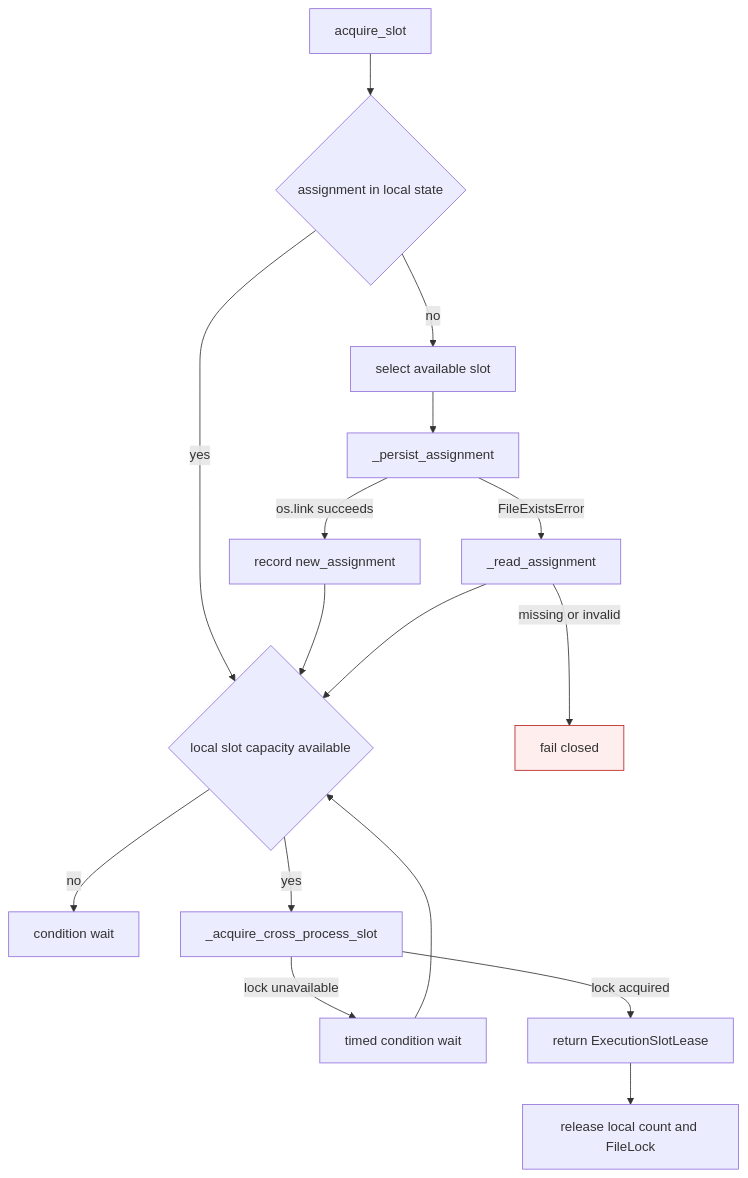
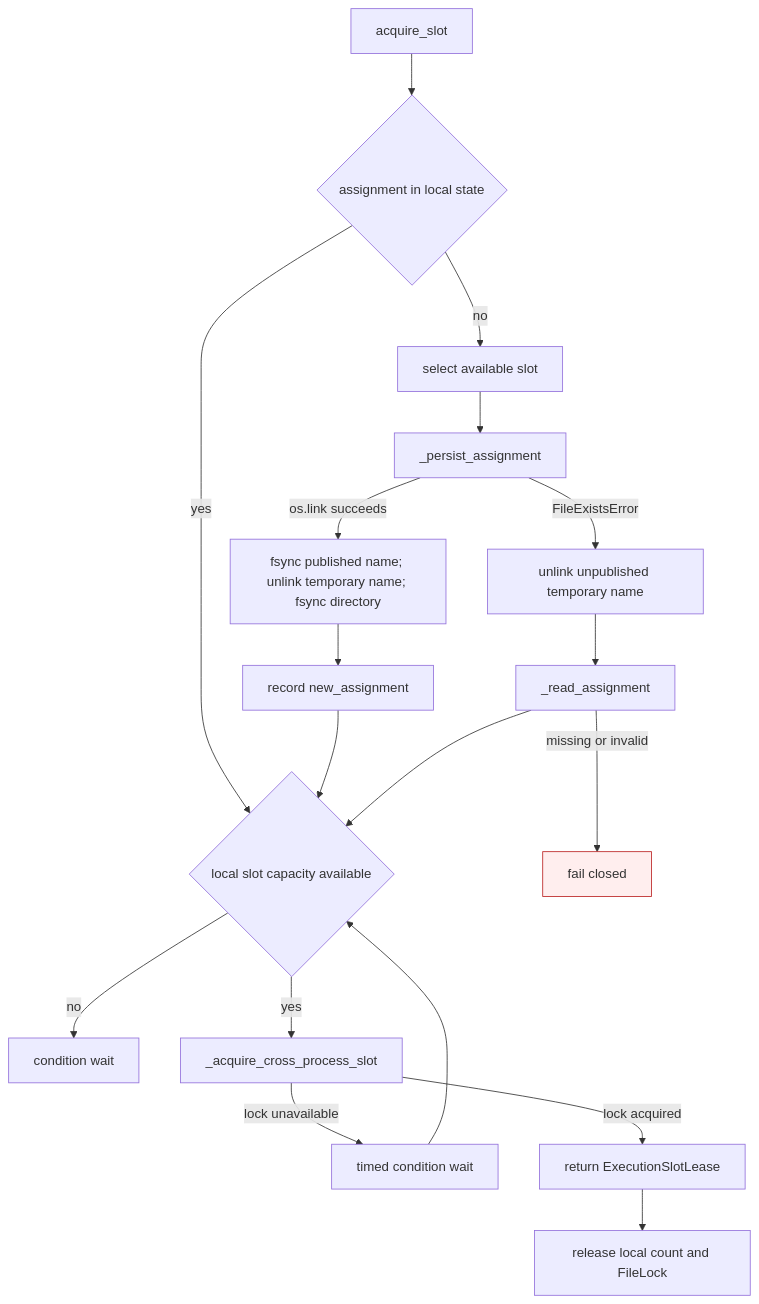
Before and after one commit to ModelCloud/GPTQModel: the second of 2 diagrams in docs/exl3-remote-workers.md, drawn with Mermaid. The commit also changed other lines of this file and 2 other files, not shown here.

Commit message:
fix(exl3): remove temporary assignment link after publication

````diff
--- a/docs/exl3-remote-workers.md
+++ b/docs/exl3-remote-workers.md
@@ -40,19 +40,21 @@
 ```mermaid
 flowchart TD
     A["acquire_slot"] --> B{"assignment in local state"}
     B -->|"yes"| H{"local slot capacity available"}
     B -->|"no"| C["select available slot"]
     C --> D["_persist_assignment"]
-    D -->|"os.link succeeds"| E["record new_assignment"]
-    D -->|"FileExistsError"| G["_read_assignment"]
+    D -->|"os.link succeeds"| N["fsync published name; unlink temporary name; fsync directory"]
+    N --> E["record new_assignment"]
+    D -->|"FileExistsError"| U["unlink unpublished temporary name"]
+    U --> G["_read_assignment"]
     G -->|"missing or invalid"| X["fail closed"]
     E --> H
     G --> H
     H -->|"no"| I["condition wait"]
     H -->|"yes"| J["_acquire_cross_process_slot"]
     J -->|"lock unavailable"| K["timed condition wait"]
     K --> H
     J -->|"lock acquired"| L["return ExecutionSlotLease"]
     L --> M["release local count and FileLock"]
     style X fill:#fee,stroke:#b22
 ```
````
